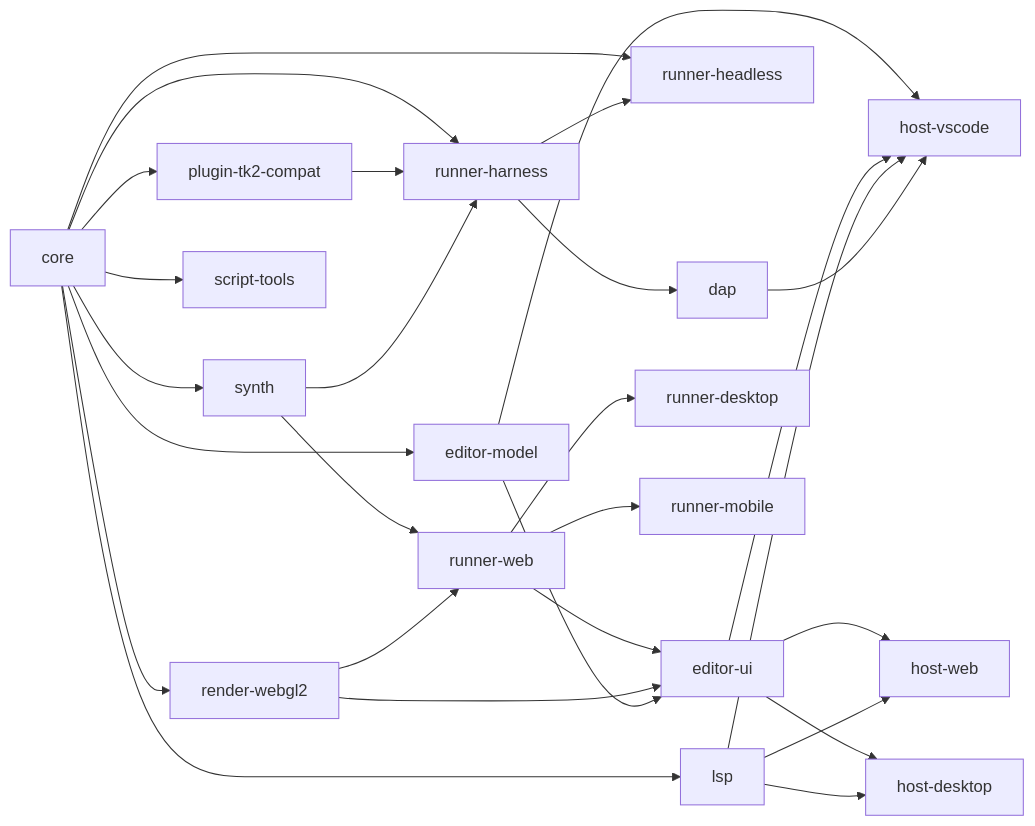
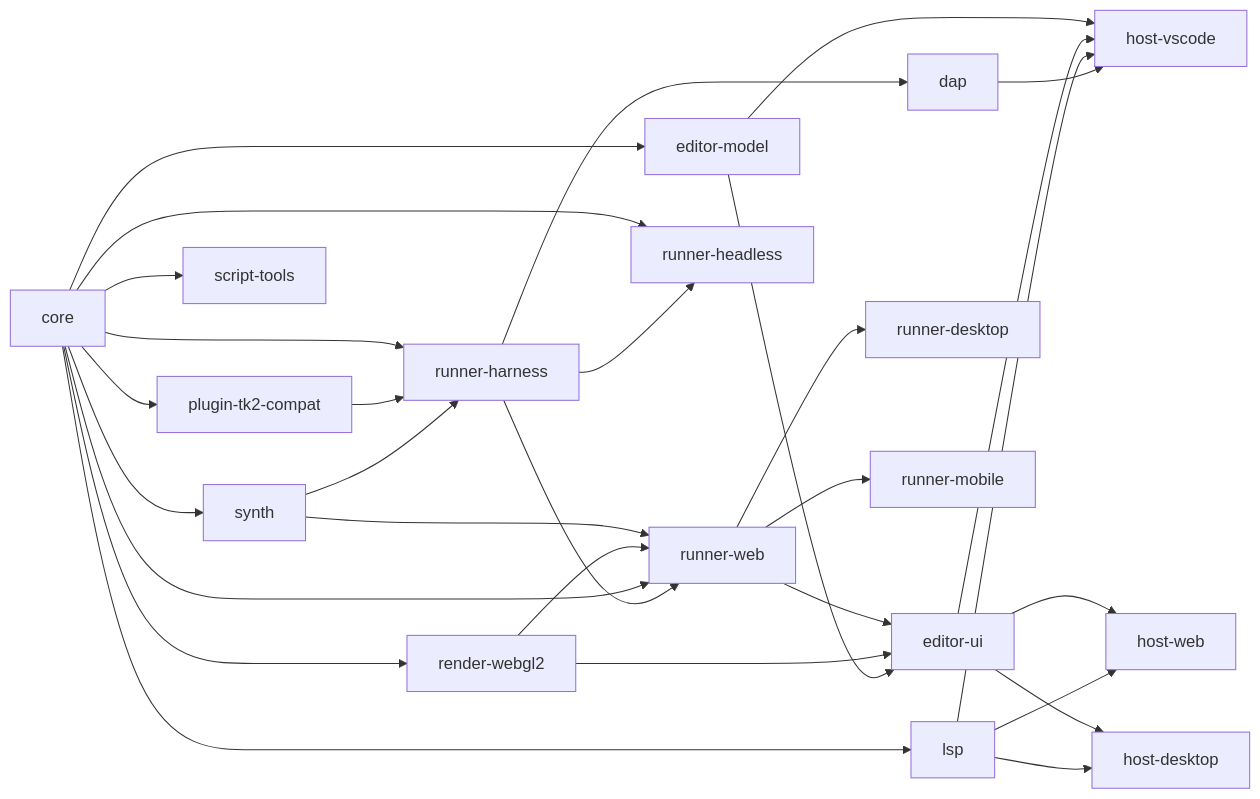
Before and after one commit to tk-reawakened/rpgtoolkit-reawakened: the first of 3 diagrams in _bmad-output/initiative-rpgtoolkit-reawakened/architecture-rpgtoolkit-reawakened/architecture-rpgtoolkit-reawakened.md, drawn with Mermaid. The commit also changed 13 other files, not shown here.

````diff
--- a/_bmad-output/initiative-rpgtoolkit-reawakened/architecture-rpgtoolkit-reawakened/architecture-rpgtoolkit-reawakened.md
+++ b/_bmad-output/initiative-rpgtoolkit-reawakened/architecture-rpgtoolkit-reawakened/architecture-rpgtoolkit-reawakened.md
@@ -41,30 +41,32 @@
 ```mermaid
 graph LR
   core --> synth
   core --> renderwebgl2[render-webgl2]
   core --> runnerharness[runner-harness]
   core --> plugintk2compat[plugin-tk2-compat]
   core --> scripttools[script-tools]
   plugintk2compat --> runnerharness
   core --> lsp
   core --> editormodel[editor-model]
   synth --> runnerharness
   synth --> runnerweb[runner-web]
   renderwebgl2 --> runnerweb
   core --> runnerheadless[runner-headless]
+  core --> runnerweb
+  runnerharness --> runnerweb
   runnerharness --> runnerheadless
   runnerharness --> dap
   runnerweb --> runnerdesktop[runner-desktop]
   runnerweb --> runnermobile[runner-mobile]
   runnerweb --> editorui[editor-ui]
   renderwebgl2 --> editorui
   editormodel --> editorui
   editormodel --> hostvscode[host-vscode]
   editorui --> hostvscode
   editorui --> hostweb[host-web]
   editorui --> hostdesktop[host-desktop]
   lsp --> hostvscode
   lsp --> hostweb
   lsp --> hostdesktop
   dap --> hostvscode
 ```
````
